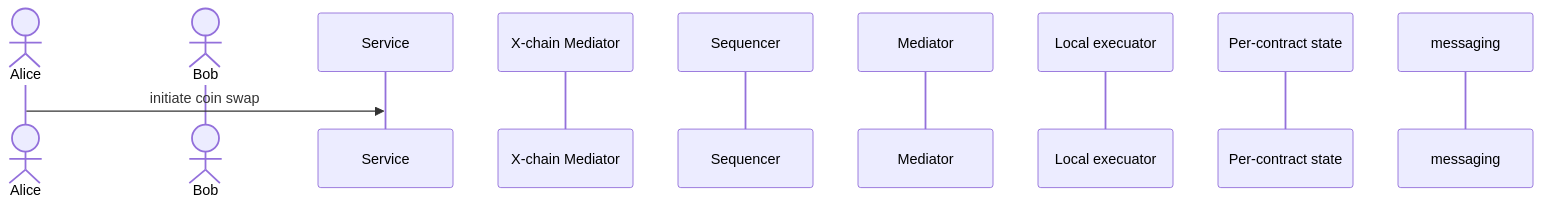
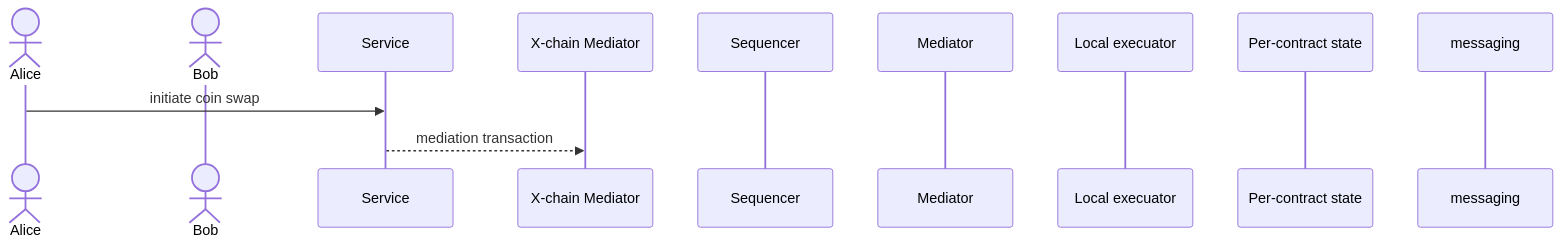
The diagram in finance_architecture.md (PDXbaap/design), drawn with Mermaid before and after one commit.

Commit message:
Update finance architecture to include mediation transaction
Added mediation transaction step in the architecture diagram.

````diff
--- a/finance_architecture.md
+++ b/finance_architecture.md
@@ -29,15 +29,16 @@
 ```mermaid
 sequenceDiagram
 actor Alice
 actor Bob
 participant Service
 participant X-chain Mediator
 participant Sequencer
 participant Mediator
 participant Local execuator
 participant Per-contract state
 participant messaging
 
 Alice ->> Service: initiate coin swap
+Service -->> X-chain Mediator: mediation transaction
  
 ```
````
